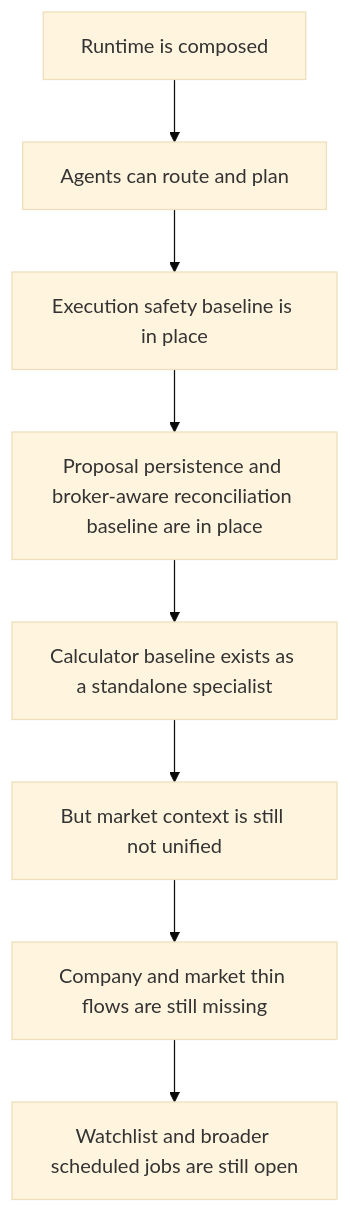
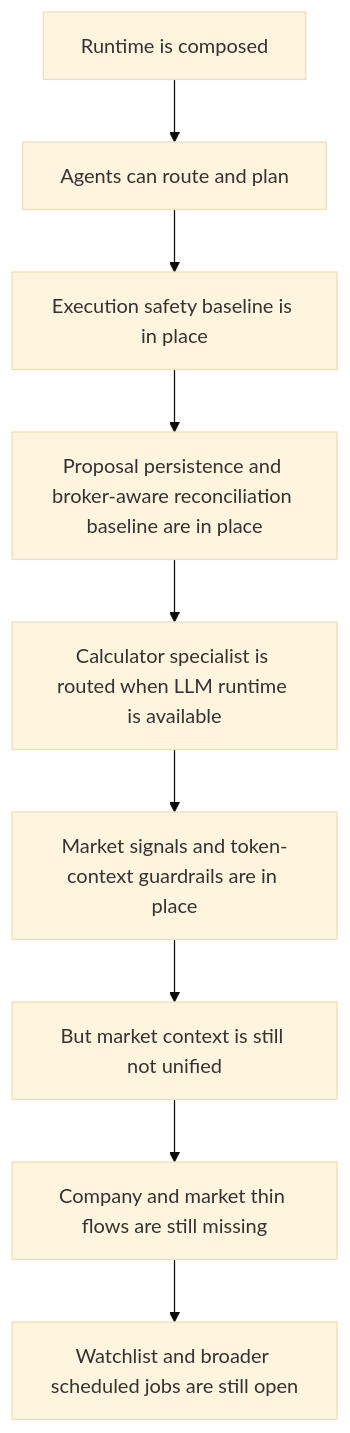
Before and after one commit to applebar17/T212AI: the eighth of 9 diagrams in docs/ARCHITECTURE_DIAGRAMS.md, drawn with Mermaid (base theme). The commit also changed other lines of this file and 6 other files, not shown here.

````diff
--- a/docs/ARCHITECTURE_DIAGRAMS.md
+++ b/docs/ARCHITECTURE_DIAGRAMS.md
@@ -205,10 +210,11 @@
 ```mermaid
 flowchart TB
     A[Runtime is composed] --> B[Agents can route and plan]
     B --> C[Execution safety baseline is in place]
     C --> D[Proposal persistence and broker-aware reconciliation baseline are in place]
-    D --> E[Calculator baseline exists as a standalone specialist]
-    E --> F[But market context is still not unified]
-    F --> G[Company and market thin flows are still missing]
-    G --> H[Watchlist and broader scheduled jobs are still open]
+    D --> E[Calculator specialist is routed when LLM runtime is available]
+    E --> F[Market signals and token-context guardrails are in place]
+    F --> G[But market context is still not unified]
+    G --> H[Company and market thin flows are still missing]
+    H --> I[Watchlist and broader scheduled jobs are still open]
 ```
````
